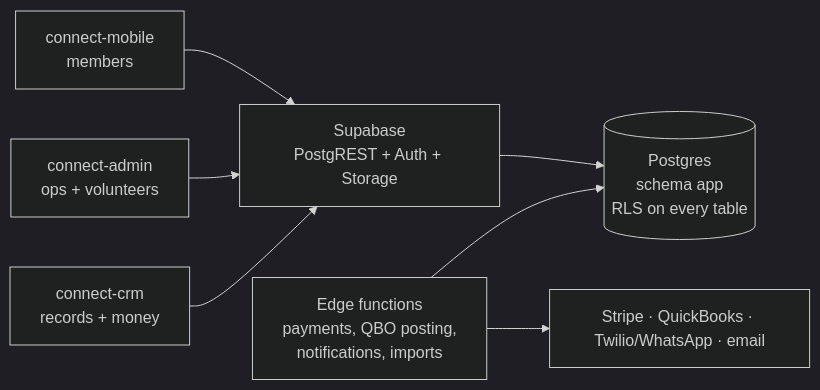
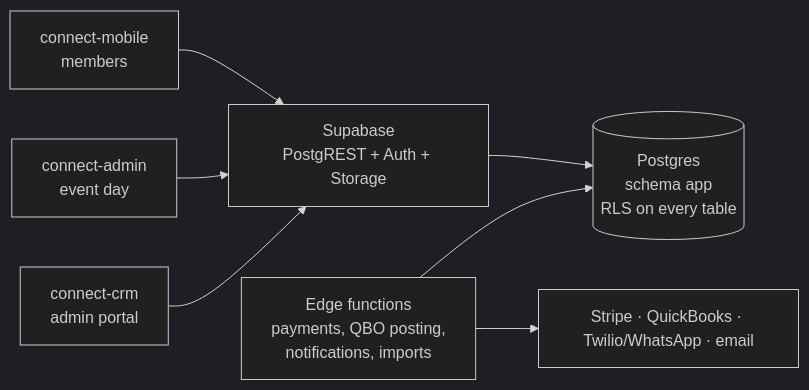
The diagram in docs/ARCHITECTURE.md (malavsanghvi/connect-crm), drawn with Mermaid (dark theme) before and after one commit. The commit also changed other lines of this file and 1 other file, not shown here.

First line of the commit message:
docs: the three apps — connect-crm is the admin portal, connect-mobile the member app, connect-admin only the event-day app for now

````diff
--- a/docs/ARCHITECTURE.md
+++ b/docs/ARCHITECTURE.md
@@ -20,9 +20,9 @@
 ```mermaid
 flowchart LR
   M[connect-mobile<br/>members] --> API
-  A[connect-admin<br/>ops + volunteers] --> API
-  C[connect-crm<br/>records + money] --> API
+  A[connect-admin<br/>event day] --> API
+  C[connect-crm<br/>admin portal] --> API
   API[Supabase<br/>PostgREST + Auth + Storage] --> DB[(Postgres<br/>schema app<br/>RLS on every table)]
   EF[Edge functions<br/>payments, QBO posting,<br/>notifications, imports] --> DB
   EF --> EXT[Stripe · QuickBooks · Twilio/WhatsApp · email]
 ```
````
